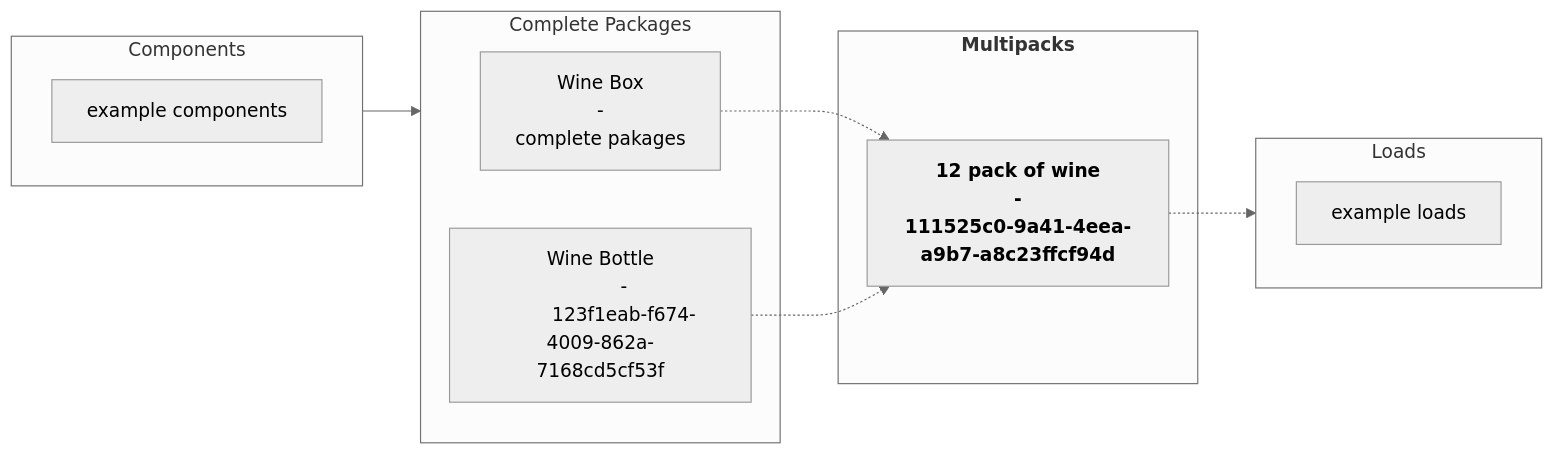
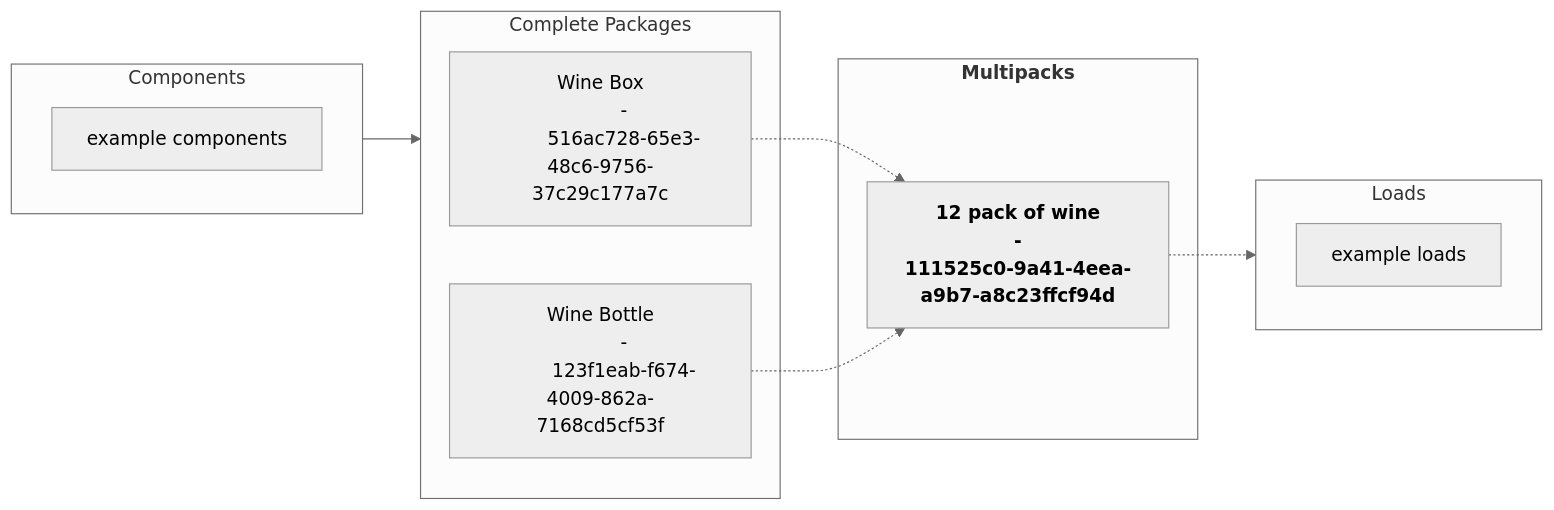
The second of 2 diagrams in docs/3_Data_Specification/3_5_Multipack.md (OpenDataManchester/Open3P), drawn with Mermaid (neutral theme) before and after one commit. The commit also changed other lines of this file, not shown here.

Commit message:
Added UUIDs for json and data flow

````diff
--- a/docs/3_Data_Specification/3_5_Multipack.md
+++ b/docs/3_Data_Specification/3_5_Multipack.md
@@ -99,26 +99,26 @@
 ``` mermaid
 flowchart LR
     subgraph components[Components]
         co_example["example components"]
     end
     subgraph completePackages[Complete Packages]
         cp_wineBox["Wine Box
         -
-        complete pakages"]
+        516ac728-65e3-48c6-9756-37c29c177a7c"]
         cp_wineBottle["Wine Bottle
         -
         123f1eab-f674-4009-862a-7168cd5cf53f"]
     end
     subgraph multipacks["`**Multipacks**`"]
         mp_wineBox["`**12 pack of wine
         -
         111525c0-9a41-4eea-a9b7-a8c23ffcf94d**`"]
     end
     subgraph loads[Loads]
         lo_load["example loads"]
     end
     components --> completePackages
     cp_wineBox -.-> mp_wineBox
     cp_wineBottle -.-> mp_wineBox
     mp_wineBox -.-> loads
 ```
````
